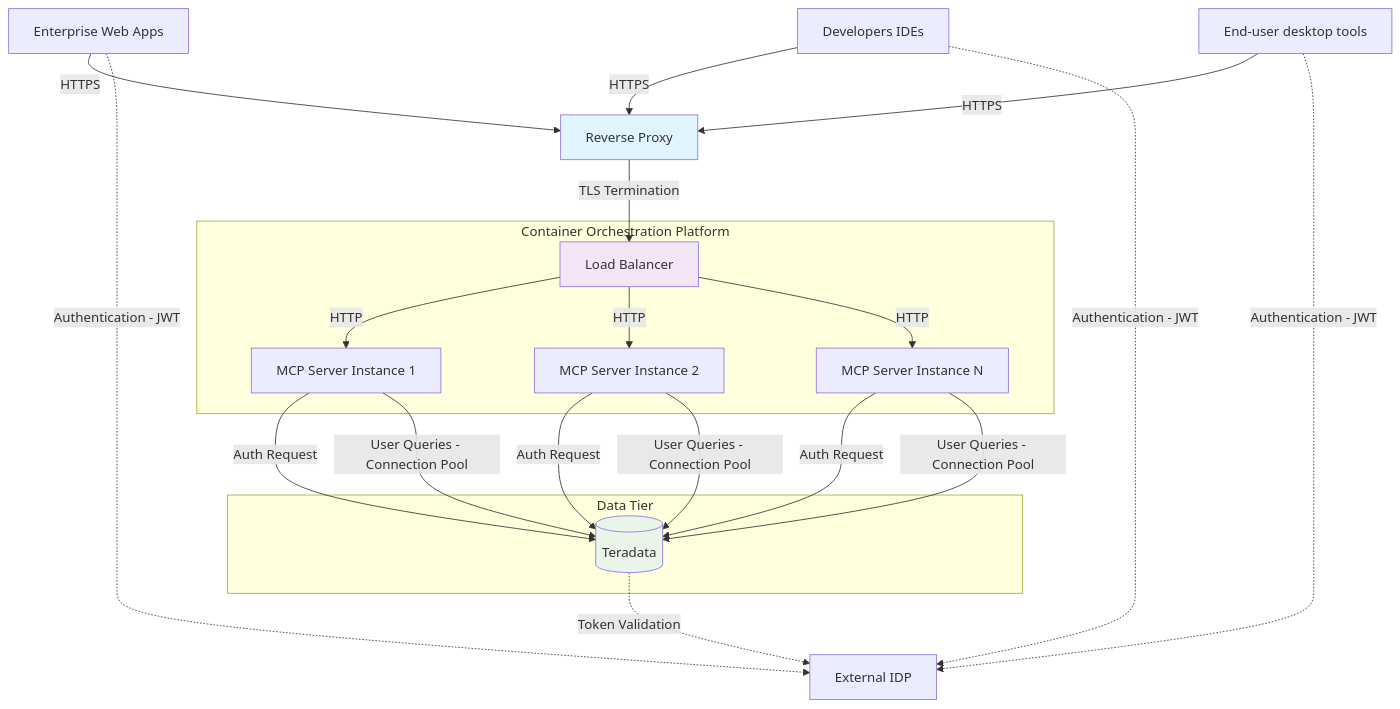
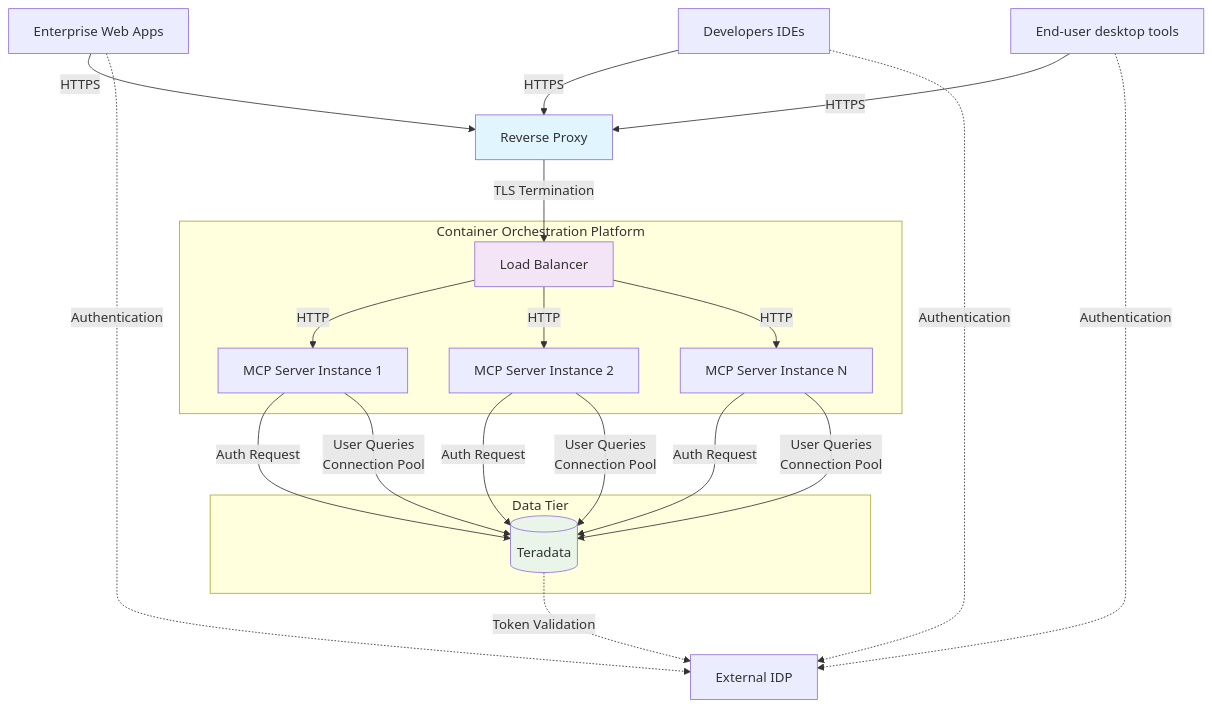
One commit to Teradata/teradata-mcp-server changed the fourth of 5 diagrams in docs/server_guide/ARCHITECTURE.md. Above: the diagram before and after it, drawn with Mermaid. The commit also changed other lines of this file, not shown here.

Commit message:
updated architecture diagrams

````diff
--- a/docs/server_guide/ARCHITECTURE.md
+++ b/docs/server_guide/ARCHITECTURE.md
@@ -147,35 +147,35 @@
 ```mermaid
 flowchart TB
     A[Enterprise Web Apps] -->|HTTPS| B[Reverse Proxy]
     C[Developers IDEs] -->|HTTPS| B
     E[End-user desktop tools] -->|HTTPS| B
     
     B -->|TLS Termination| F[Load Balancer]
     
     subgraph "Container Orchestration Platform"
         F -->|HTTP| G[MCP Server Instance 1]
         F -->|HTTP| H[MCP Server Instance 2]
         F -->|HTTP| I[MCP Server Instance N]
     end
     
     subgraph "Data Tier"
         G -->|Auth Request| J[(Teradata)]
-        G -->|User Queries - Connection Pool| J
+        G -->|User Queries<br/>Connection Pool| J
         H -->|Auth Request| J
-        H -->|User Queries - Connection Pool| J
+        H -->|User Queries<br/>Connection Pool| J
         I -->|Auth Request| J
-        I -->|User Queries - Connection Pool| J
+        I -->|User Queries<br/>Connection Pool| J
     end
     
     K[External IDP]
     
-    A -.->|Authentication - JWT| K
-    C -.->|Authentication - JWT| K
-    E -.->|Authentication - JWT| K
+    A -.->|Authentication| K
+    C -.->|Authentication| K
+    E -.->|Authentication| K
     
     J -.->|Token Validation| K
     
     style B fill:#e1f5fe
     style F fill:#f3e5f5
     style J fill:#e8f5e8
 ```
````
